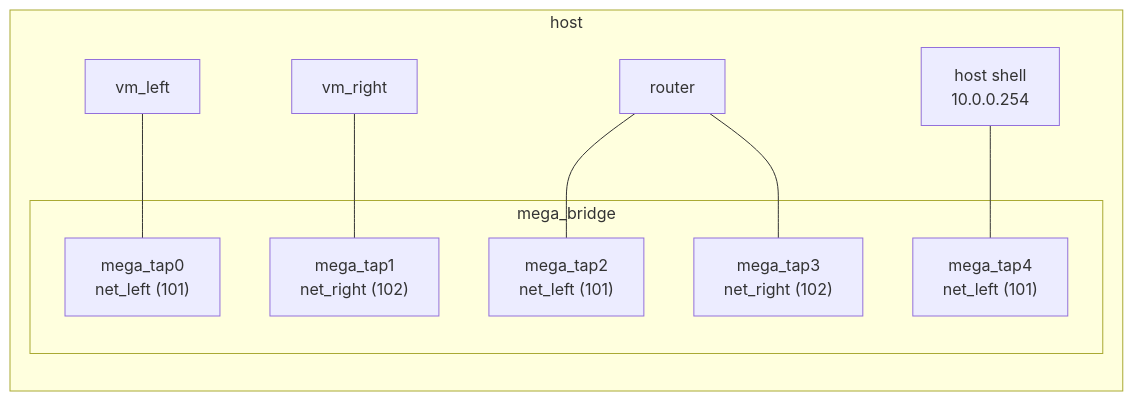
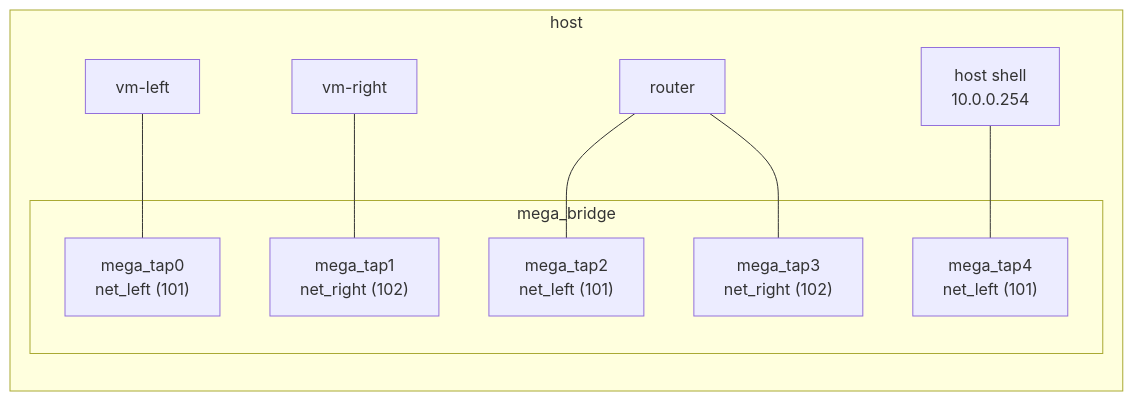
The diagram in doc/content/training/miniclass/06-networking.md (sandia-minimega/minimega), drawn with Mermaid before and after one commit. The commit also changed other lines of this file and 40 other files, not shown here.

````diff
--- a/doc/content/training/miniclass/06-networking.md
+++ b/doc/content/training/miniclass/06-networking.md
@@ -28,17 +28,17 @@
 ```mermaid
 flowchart LR
     subgraph host["host"]
         subgraph br["mega_bridge"]
             t0["mega_tap0<br/>net_left (101)"]
             t1["mega_tap1<br/>net_right (102)"]
             t2["mega_tap2<br/>net_left (101)"]
             t3["mega_tap3<br/>net_right (102)"]
             t4["mega_tap4<br/>net_left (101)"]
         end
-        left["vm_left"] --- t0
-        right["vm_right"] --- t1
+        left["vm-left"] --- t0
+        right["vm-right"] --- t1
         router["router"] --- t2
         router --- t3
         shell["host shell<br/>10.0.0.254"] --- t4
     end
 ```
````
